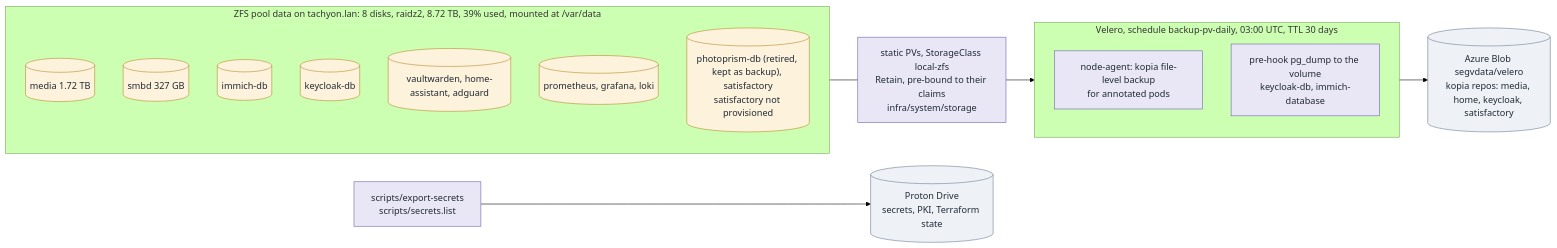
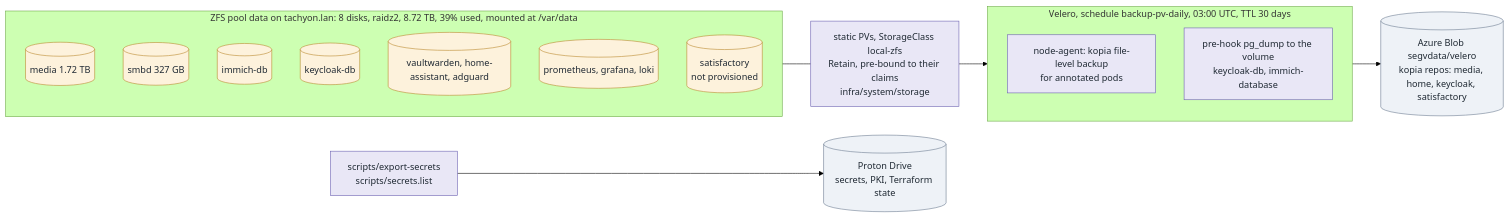
The fourth of 5 diagrams in docs/hld/segv-cluster.md (alxbl/lab), drawn with Mermaid (forest theme) before and after one commit. The commit also changed other lines of this file and 2 other files, not shown here.

Commit message:
fix(storage): drop the retired photoprism-db PV (#140)
The volume, claim and dataset were deleted by hand.

````diff
--- a/docs/hld/segv-cluster.md
+++ b/docs/hld/segv-cluster.md
@@ -236,32 +236,32 @@
 ```mermaid
 flowchart LR
   classDef data fill:#fdf2dc,stroke:#b8872b,color:#1f2933
   classDef sys fill:#e9e7f6,stroke:#6a5fb0,color:#1f2933
   classDef ext fill:#eef2f7,stroke:#6b7a90,color:#1f2933
 
   subgraph POOL["ZFS pool data on tachyon.lan: 8 disks, raidz2, 8.72 TB, 39% used, mounted at /var/data"]
     direction TB
     d1[("media 1.72 TB")]:::data
     d2[("smbd 327 GB")]:::data
     d3[("immich-db")]:::data
     d4[("keycloak-db")]:::data
     d5[("vaultwarden, home-assistant, adguard")]:::data
     d6[("prometheus, grafana, loki")]:::data
-    d7[("photoprism-db (retired, kept as backup), satisfactory<br/>satisfactory not provisioned")]:::data
+    d7[("satisfactory<br/>not provisioned")]:::data
   end
 
   pvs["static PVs, StorageClass local-zfs<br/>Retain, pre-bound to their claims<br/>infra/system/storage"]:::sys
   POOL --- pvs
 
   subgraph BK["Velero, schedule backup-pv-daily, 03:00 UTC, TTL 30 days"]
     direction TB
     v1["node-agent: kopia file-level backup<br/>for annotated pods"]:::sys
     v2["pre-hook pg_dump to the volume<br/>keycloak-db, immich-database"]:::sys
   end
   pvs --> BK
 
   azure[("Azure Blob segvdata/velero<br/>kopia repos: media, home, keycloak, satisfactory")]:::ext
   BK --> azure
   proton[("Proton Drive<br/>secrets, PKI, Terraform state")]:::ext
   sec["scripts/export-secrets<br/>scripts/secrets.list"]:::sys --> proton
 ```
````
